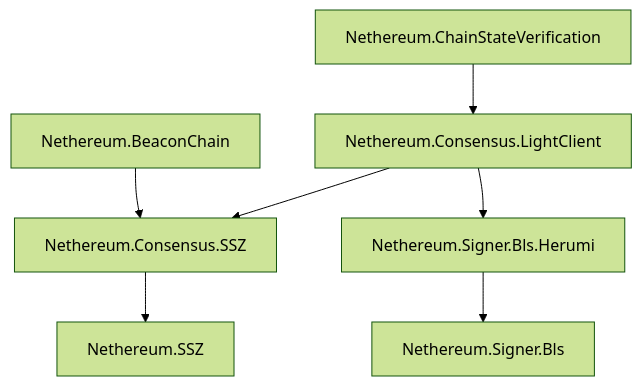
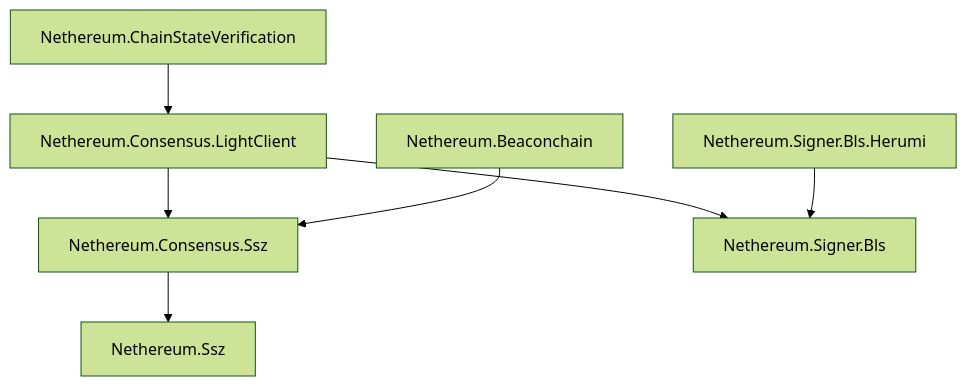
Before and after one commit to Nethereum/Nethereum.Documentation: diagram 20 of 21 in docs/architecture.md, drawn with Mermaid (forest theme). The commit also changed other lines of this file and 6 other files, not shown here.

First line of the commit message:
Docs: fix getting-started, transport and architecture pages against source

````diff
--- a/docs/architecture.md
+++ b/docs/architecture.md
@@ -359,9 +358,9 @@
 ```mermaid
 graph TD
-    LightClient["Nethereum.Consensus.LightClient"] --> CSSZ["Nethereum.Consensus.SSZ"]
-    CSSZ --> SSZ["Nethereum.SSZ"]
-    BeaconChain["Nethereum.BeaconChain"] --> CSSZ
-    LightClient --> BLSHerumi["Nethereum.Signer.Bls.Herumi"]
-    BLSHerumi --> BLS["Nethereum.Signer.Bls"]
+    LightClient["Nethereum.Consensus.LightClient"] --> CSSZ["Nethereum.Consensus.Ssz"]
+    CSSZ --> SSZ["Nethereum.Ssz"]
+    BeaconChain["Nethereum.Beaconchain"] --> CSSZ
+    LightClient --> BLS["Nethereum.Signer.Bls"]
+    BLSHerumi["Nethereum.Signer.Bls.Herumi"] --> BLS
     ChainState["Nethereum.ChainStateVerification"] --> LightClient
 ```
````
